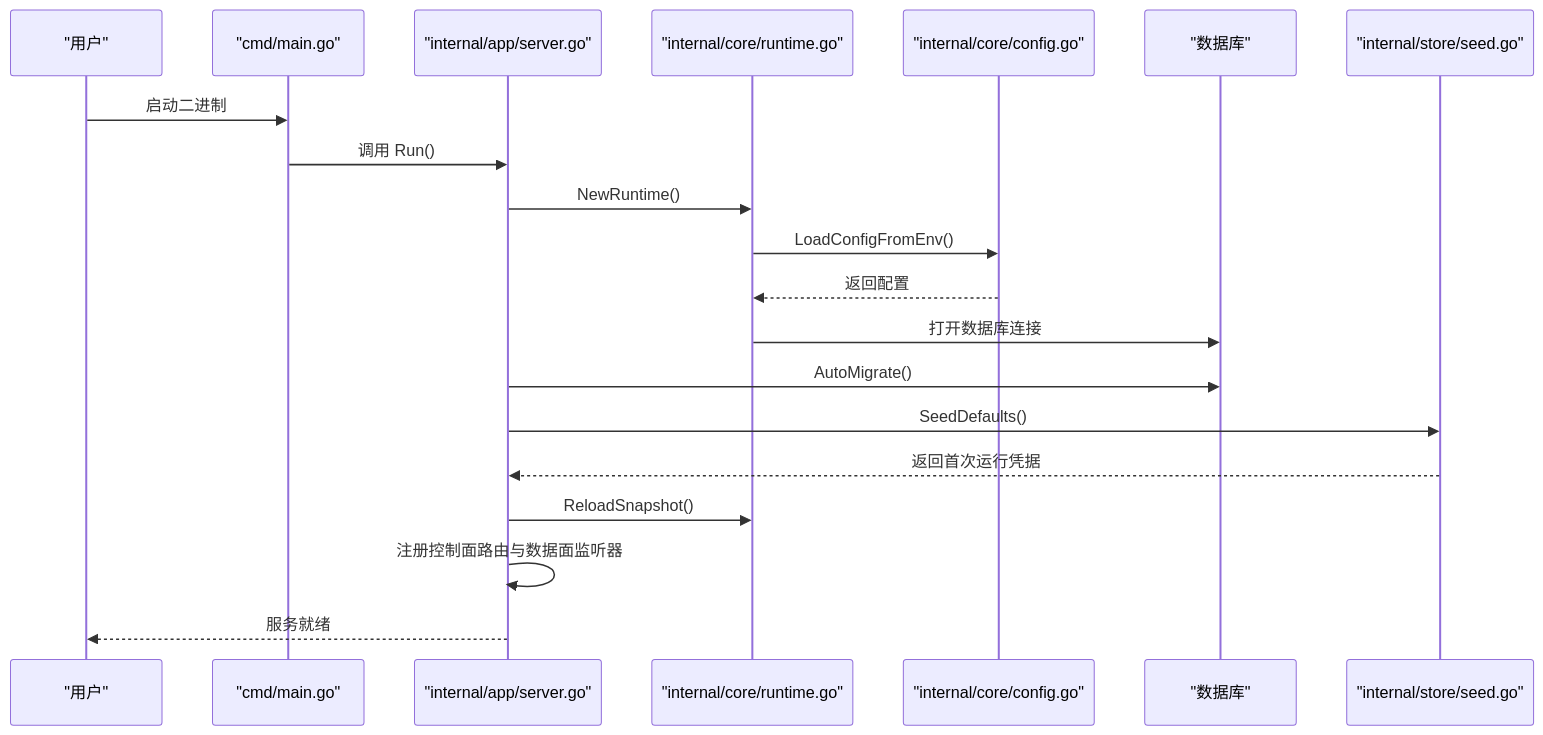
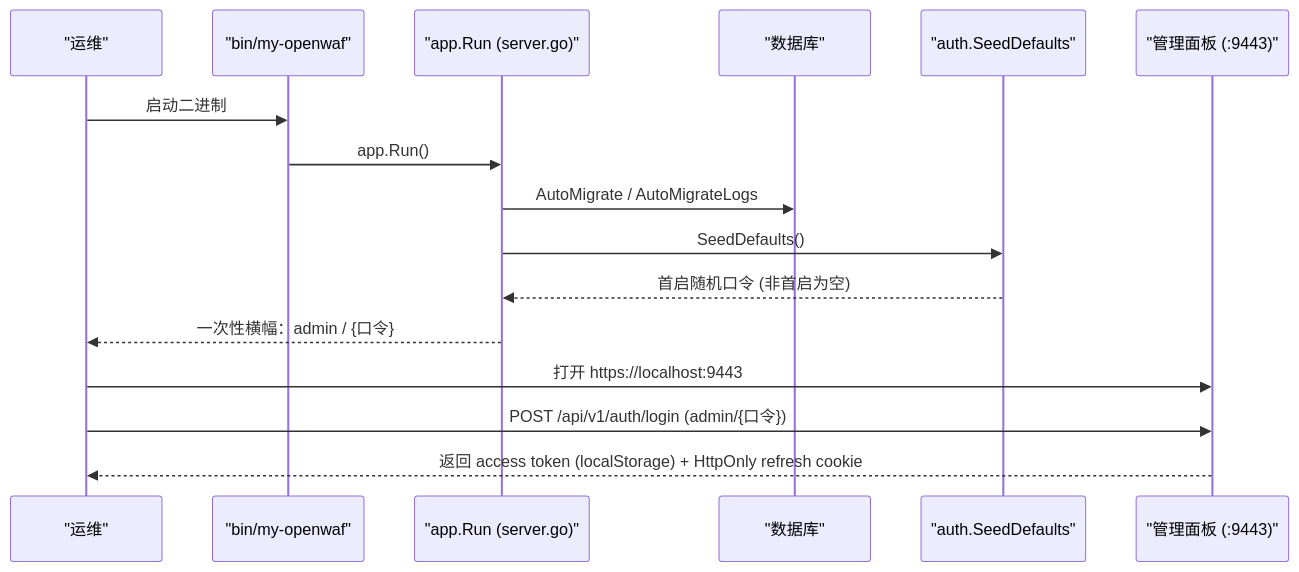
One commit to x01n/My-OpenWaf changed the third of 4 diagrams in docs/项目概述/快速开始.md. Above: the diagram before and after it, drawn with Mermaid. The commit also changed other lines of this file and 622 other files, not shown here.

````diff
--- a/docs/项目概述/快速开始.md
+++ b/docs/项目概述/快速开始.md
@@ -148,22 +126,18 @@
 ```mermaid
 sequenceDiagram
-participant U as "用户"
-participant M as "cmd/main.go"
-participant S as "internal/app/server.go"
-participant R as "internal/core/runtime.go"
-participant C as "internal/core/config.go"
+participant OP as "运维"
+participant BIN as "bin/my-openwaf"
+participant RUN as "app.Run (server.go)"
 participant DB as "数据库"
-participant SEED as "internal/store/seed.go"
-U->>M : 启动二进制
-M->>S : 调用 Run()
-S->>R : NewRuntime()
-R->>C : LoadConfigFromEnv()
-C-->>R : 返回配置
-R->>DB : 打开数据库连接
-S->>DB : AutoMigrate()
-S->>SEED : SeedDefaults()
-SEED-->>S : 返回首次运行凭据
-S->>R : ReloadSnapshot()
-S->>S : 注册控制面路由与数据面监听器
-S-->>U : 服务就绪
+participant SEED as "auth.SeedDefaults"
+participant ADM as "管理面板 (:9443)"
+OP->>BIN : 启动二进制
+BIN->>RUN : app.Run()
+RUN->>DB : AutoMigrate / AutoMigrateLogs
+RUN->>SEED : SeedDefaults()
+SEED-->>RUN : 首启随机口令 (非首启为空)
+RUN-->>OP : 一次性横幅：admin / {口令}
+OP->>ADM : 打开 https://localhost:9443
+OP->>ADM : POST /api/v1/auth/login (admin/{口令})
+ADM-->>OP : 返回 access token (localStorage) + HttpOnly refresh cookie
 ```
````
